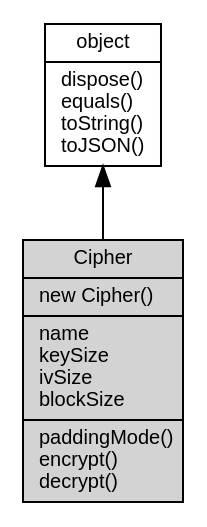
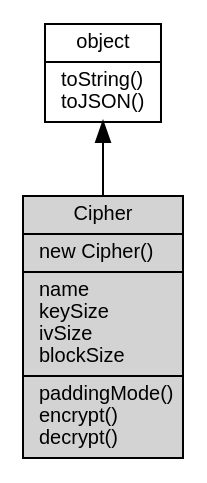
One commit to asionius/fibjs-ceph changed the diagram in docs/object/ifs/Cipher.md. Above: the diagram before and after it, drawn with Graphviz. The commit also changed other lines of this file and 138 other files, not shown here.

````diff
--- a/docs/object/ifs/Cipher.md
+++ b/docs/object/ifs/Cipher.md
@@ -11,10 +11,10 @@
 ```dot
 digraph {
     node [fontname="Helvetica,sans-Serif", fontsize=10, shape="record", style="filled", fillcolor="white"];
 
-    object [tooltip="object", URL="object.md", label="{object|dispose()\lequals()\ltoString()\ltoJSON()\l}"];
-    Cipher [tooltip="Cipher", fillcolor="lightgray", label="{Cipher|new Cipher()\l|name\lkeySize\livSize\lblockSize\l|paddingMode()\lencrypt()\ldecrypt()\l}"];
+    object [tooltip="object", URL="object.md", label="{object|toString()\ltoJSON()\l}"];
+    Cipher [tooltip="Cipher", fillcolor="lightgray", id="me", label="{Cipher|new Cipher()\l|name\lkeySize\livSize\lblockSize\l|paddingMode()\lencrypt()\ldecrypt()\l}"];
 
     object -> Cipher [dir=back];
 }
 ```
````
